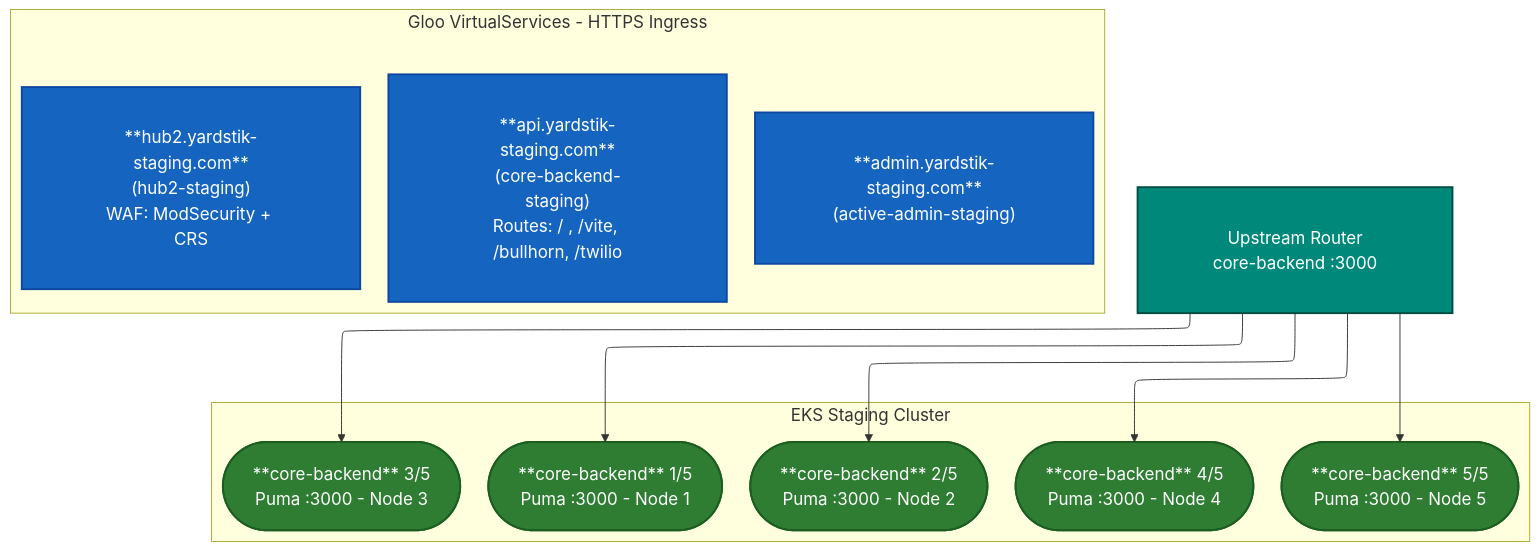
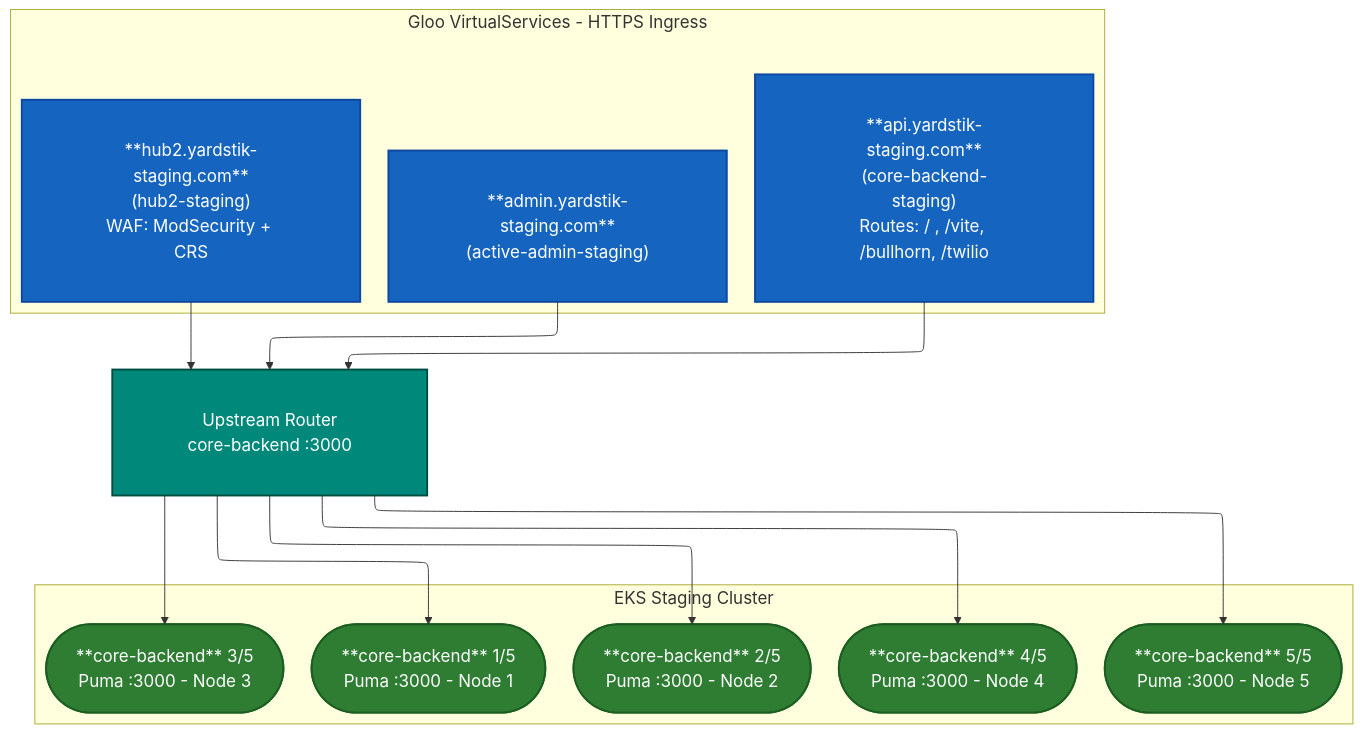
Before and after one commit to skylukas1/Diagrams: the first of 3 diagrams in k8s_staging_deployment.md, drawn with Mermaid.

Commit message:
Update load balancer configuration in deployment doc

````diff
--- a/k8s_staging_deployment.md
+++ b/k8s_staging_deployment.md
@@ -9,39 +9,39 @@
 ```mermaid
 ---
 config:
   theme: default
   themeVariables:
     fontSize: 18px
   flowchart:
     nodeSpacing: 80
     rankSpacing: 80
     padding: 40
     defaultRenderer: elk
 ---
 graph TD
     subgraph INGRESS["Gloo VirtualServices - HTTPS Ingress"]
         VS_API["**api.yardstik-staging.com**<br/>(core-backend-staging)<br/>Routes: / , /vite, /bullhorn, /twilio"]
         VS_ADMIN["**admin.yardstik-staging.com**<br/>(active-admin-staging)"]
         VS_HUB["**hub2.yardstik-staging.com**<br/>(hub2-staging)<br/>WAF: ModSecurity + CRS"]
     end
 
-    LB["Upstream Router<br/>core-backend :3000"]
+    VS_API & VS_ADMIN & VS_HUB --> LB["Upstream Router<br/>core-backend :3000"]
 
     LB --> N1_APP & N2_APP & N3_APP & N4_APP & N5_APP
 
     subgraph CLUSTER["EKS Staging Cluster"]
         N1_APP(["**core-backend** 1/5<br/>Puma :3000 - Node 1"])
         N2_APP(["**core-backend** 2/5<br/>Puma :3000 - Node 2"])
         N3_APP(["**core-backend** 3/5<br/>Puma :3000 - Node 3"])
         N4_APP(["**core-backend** 4/5<br/>Puma :3000 - Node 4"])
         N5_APP(["**core-backend** 5/5<br/>Puma :3000 - Node 5"])
     end
 
     classDef ingress fill:#1565c0,stroke:#0d47a1,color:#fff,stroke-width:2px
     classDef upstream fill:#00897b,stroke:#004d40,color:#fff,stroke-width:2px
     classDef appPod fill:#2e7d32,stroke:#1b5e20,color:#fff,stroke-width:2px
 
     class VS_API,VS_ADMIN,VS_HUB ingress
     class LB upstream
     class N1_APP,N2_APP,N3_APP,N4_APP,N5_APP appPod
 ```
````
